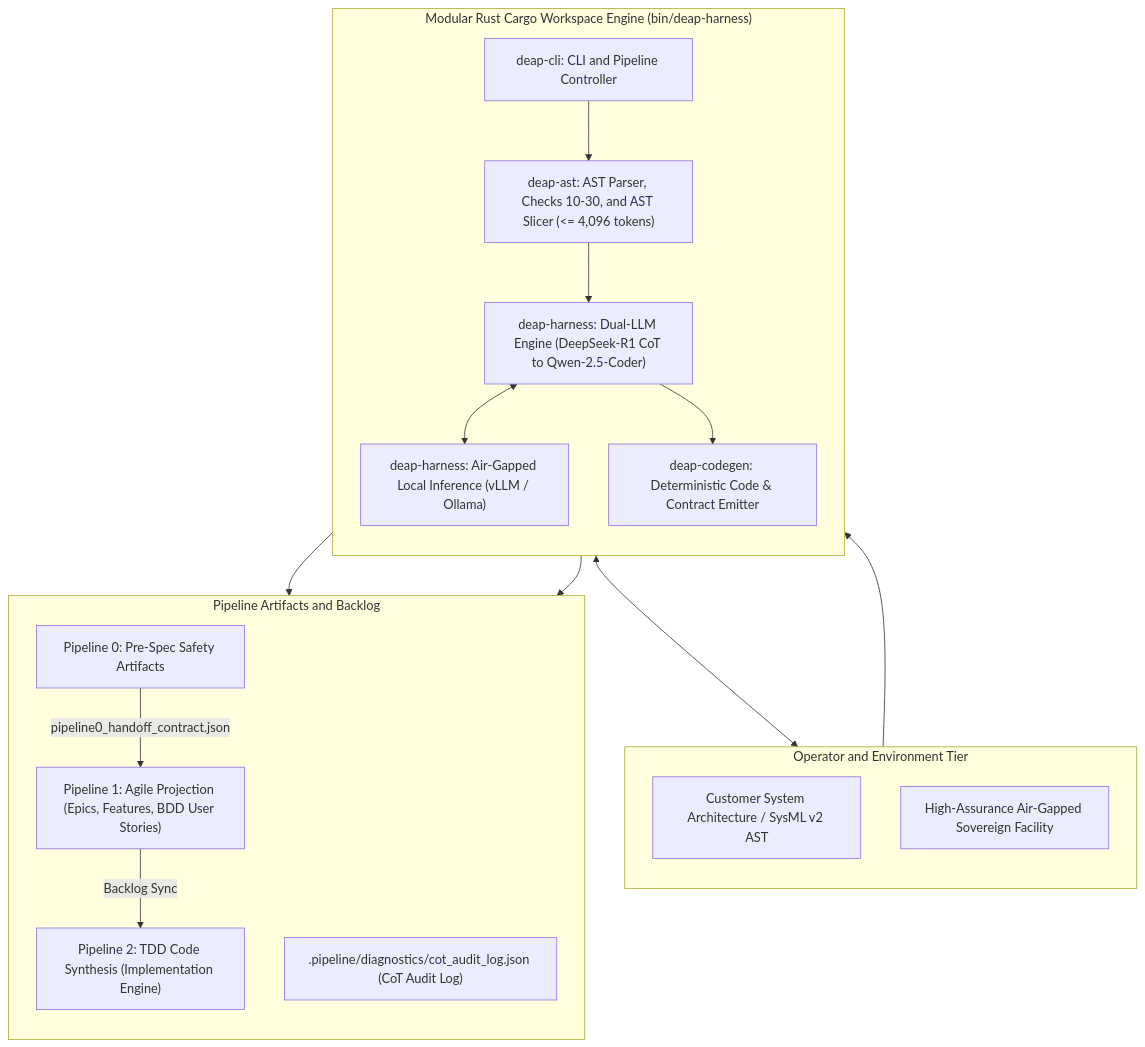
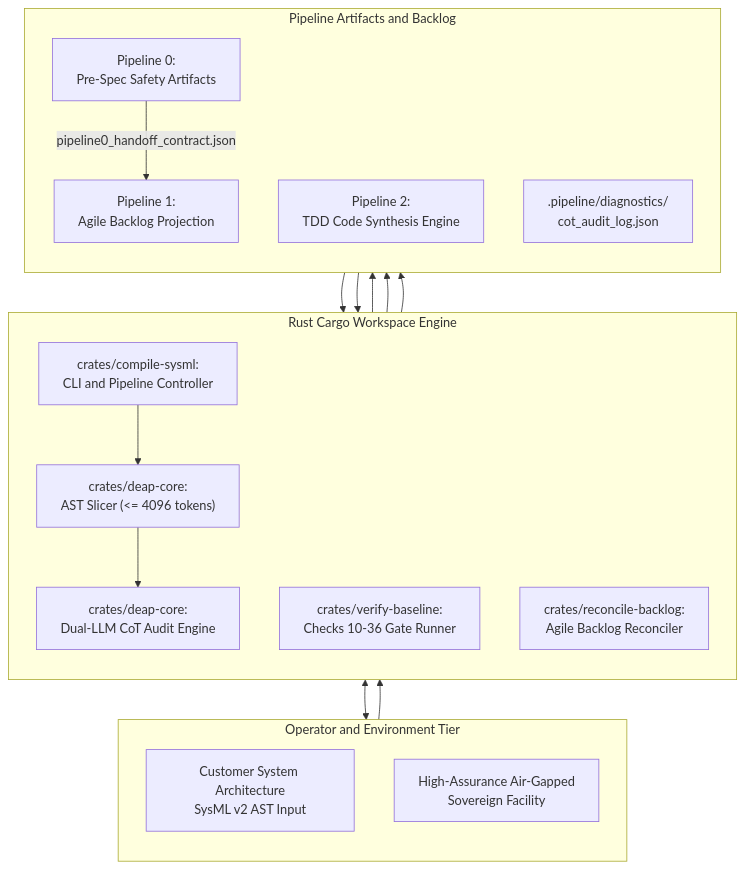
One commit to gintatkinson/DEAP01-spec-core changed the first of 4 diagrams in docs/architecture/blueprints/DEAP_DEEPSEEK_HARNESS_INTEGRATION_BLUEPRINT.md. Above: the diagram before and after it, drawn with Mermaid. The commit also changed other lines of this file and 28 other files, not shown here.

Commit message:
feat(verify-baseline,deap-core,compile-sysml): implement Option C blueprint capabilities and Check 37 blueprint grounding gate

````diff
--- a/docs/architecture/blueprints/DEAP_DEEPSEEK_HARNESS_INTEGRATION_BLUEPRINT.md
+++ b/docs/architecture/blueprints/DEAP_DEEPSEEK_HARNESS_INTEGRATION_BLUEPRINT.md
@@ -50,36 +50,36 @@
 ```mermaid
 flowchart TD
     subgraph ClientLayer["Operator and Environment Tier"]
         direction TB
-        InputIntent["Customer System Architecture / SysML v2 AST"]
-        SecureLab["High-Assurance Air-Gapped Sovereign Facility"]
+        InputIntent["Customer System Architecture<br/>SysML v2 AST Input"]
+        SecureLab["High-Assurance Air-Gapped<br/>Sovereign Facility"]
     end
 
-    subgraph CargoWorkspace["Modular Rust Cargo Workspace Engine (bin/deap-harness)"]
+    subgraph CargoWorkspace["Rust Cargo Workspace Engine"]
         direction TB
-        HarnessCLI["deap-cli: CLI and Pipeline Controller"]
-        ASTSlicer["deap-ast: AST Parser, Checks 10-30, and AST Slicer (<= 4,096 tokens)"]
-        DualEngine["deap-harness: Dual-LLM Engine (DeepSeek-R1 CoT to Qwen-2.5-Coder)"]
-        ProviderBridge["deap-harness: Air-Gapped Local Inference (vLLM / Ollama)"]
-        CodeGen["deap-codegen: Deterministic Code & Contract Emitter"]
+        CompileCLI["crates/compile-sysml:<br/>CLI and Pipeline Controller"]
+        ASTSlicer["crates/deap-core:<br/>AST Slicer (<= 4096 tokens)"]
+        DualEngine["crates/deap-core:<br/>Dual-LLM CoT Audit Engine"]
+        VerifyGate["crates/verify-baseline:<br/>Checks 10-36 Gate Runner"]
+        Reconciler["crates/reconcile-backlog:<br/>Agile Backlog Reconciler"]
     end
 
     subgraph PipelineOutputs["Pipeline Artifacts and Backlog"]
         direction TB
-        P0["Pipeline 0: Pre-Spec Safety Artifacts"]
-        P1["Pipeline 1: Agile Projection (Epics, Features, BDD User Stories)"]
-        P2["Pipeline 2: TDD Code Synthesis (Implementation Engine)"]
-        AuditLog[".pipeline/diagnostics/cot_audit_log.json (CoT Audit Log)"]
+        P0["Pipeline 0:<br/>Pre-Spec Safety Artifacts"]
+        P1["Pipeline 1:<br/>Agile Backlog Projection"]
+        P2["Pipeline 2:<br/>TDD Code Synthesis Engine"]
+        AuditLog[".pipeline/diagnostics/<br/>cot_audit_log.json"]
     end
 
-    InputIntent --> HarnessCLI
-    HarnessCLI --> ASTSlicer
+    InputIntent --> CompileCLI
+    CompileCLI --> ASTSlicer
     ASTSlicer --> DualEngine
-    DualEngine <--> ProviderBridge
-    ProviderBridge <--> SecureLab
+    DualEngine <--> SecureLab
     DualEngine --> AuditLog
-    DualEngine --> CodeGen
-    CodeGen --> P0
+    DualEngine --> P0
     P0 -->|"pipeline0_handoff_contract.json"| P1
-    P1 -->|"Backlog Sync"| P2
+    P1 --> Reconciler
+    Reconciler --> P2
+    P2 --> VerifyGate
 ```
````
